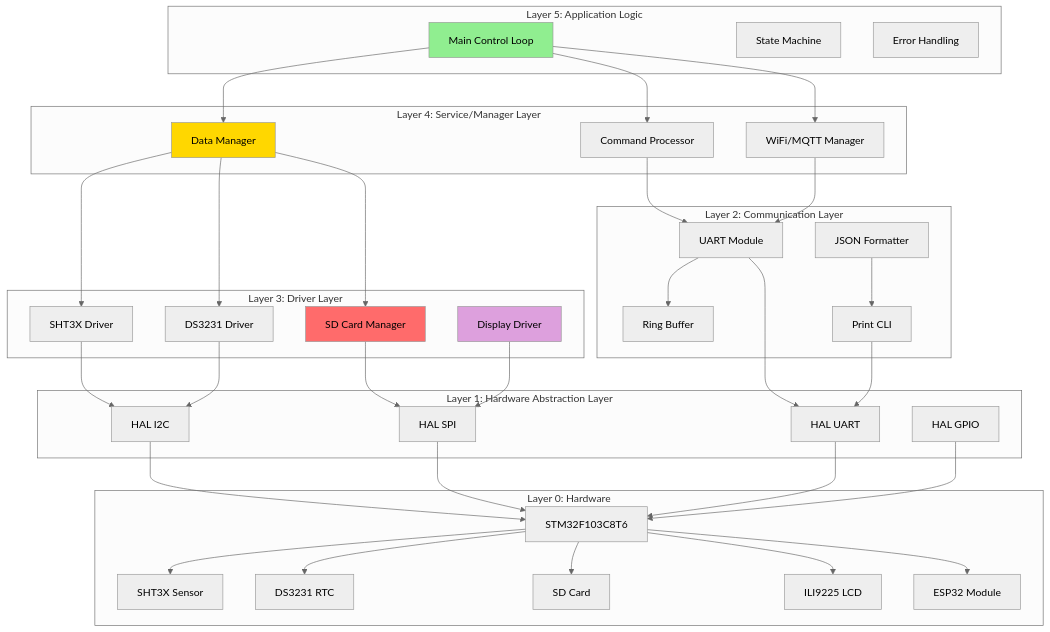
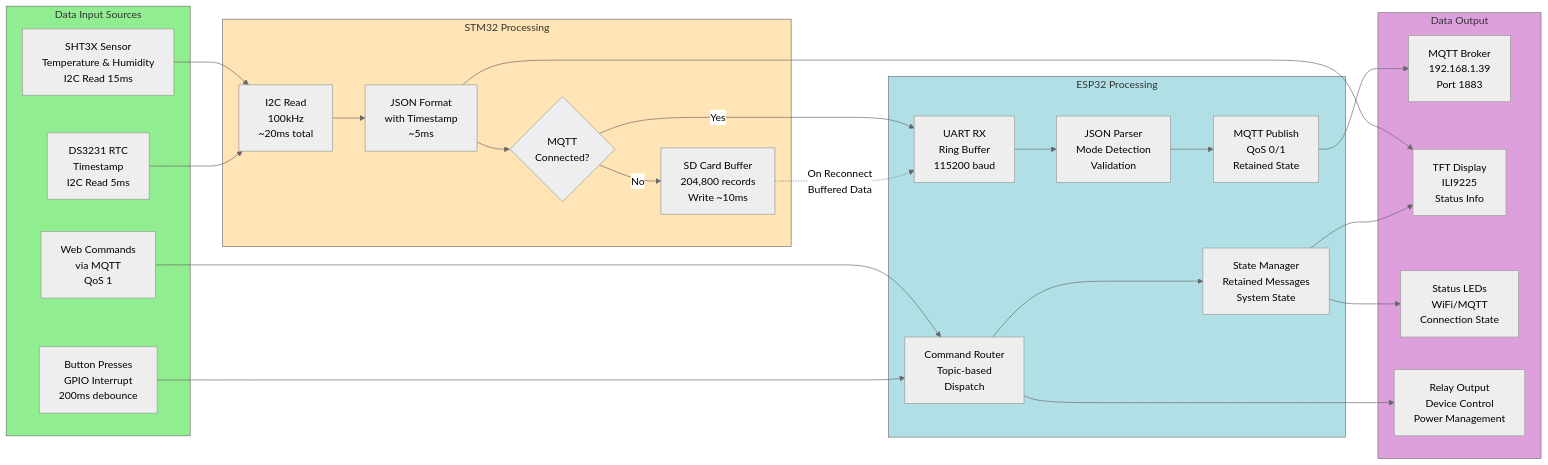
The second of 7 diagrams in documents/firmware/ARCHITECTURE_DIAGRAM_FIRMWARE.md (meeTeam05/datalogger), drawn with Mermaid (neutral theme) before and after one commit. The commit also changed other lines of this file, not shown here.

Commit message:
fix(docs): refactor architecture documentation for stm32 and esp32 coordination system

````diff
--- a/documents/firmware/ARCHITECTURE_DIAGRAM_FIRMWARE.md
+++ b/documents/firmware/ARCHITECTURE_DIAGRAM_FIRMWARE.md
@@ -244,81 +92,58 @@
 ```mermaid
-graph TB
-    subgraph "Layer 5: Application Logic"
-        L5A[Main Control Loop]
-        L5B[State Machine]
-        L5C[Error Handling]
+graph LR
+    subgraph Input[Data Input Sources]
+        Sensor[SHT3X Sensor<br/>Temperature & Humidity<br/>I2C Read 15ms]
+        Time[DS3231 RTC<br/>Timestamp<br/>I2C Read 5ms]
+        WebCmd[Web Commands<br/>via MQTT<br/>QoS 1]
+        ButtonCmd[Button Presses<br/>GPIO Interrupt<br/>200ms debounce]
     end
 
-    subgraph "Layer 4: Service/Manager Layer"
-        L4A[Data Manager]
-        L4B[Command Processor]
-        L4C[WiFi/MQTT Manager]
+    subgraph STM32_Processing[STM32 Processing]
+        I2C[I2C Read<br/>100kHz<br/>~20ms total]
+        Parse[JSON Format<br/>with Timestamp<br/>~5ms]
+        Route{MQTT<br/>Connected?}
+        Buffer[SD Card Buffer<br/>204,800 records<br/>Write ~10ms]
+
+        Sensor --> I2C
+        Time --> I2C
+        I2C --> Parse
+        Parse --> Route
+        Route -->|No| Buffer
     end
 
-    subgraph "Layer 3: Driver Layer"
-        L3A[SHT3X Driver]
-        L3B[DS3231 Driver]
-        L3C[SD Card Manager]
-        L3D[Display Driver]
+    subgraph ESP32_Processing[ESP32 Processing]
+        UARTRx[UART RX<br/>Ring Buffer<br/>115200 baud]
+        JSONParse[JSON Parser<br/>Mode Detection<br/>Validation]
+        MQTTPub[MQTT Publish<br/>QoS 0/1<br/>Retained State]
+        CmdRoute[Command Router<br/>Topic-based<br/>Dispatch]
+        StateSync[State Manager<br/>Retained Messages<br/>System State]
+
+        Route -->|Yes| UARTRx
+        UARTRx --> JSONParse
+        JSONParse --> MQTTPub
+
+        WebCmd --> CmdRoute
+        ButtonCmd --> CmdRoute
+        CmdRoute --> StateSync
     end
 
-    subgraph "Layer 2: Communication Layer"
-        L2A[UART Module]
-        L2B[Ring Buffer]
-        L2C[JSON Formatter]
-        L2D[Print CLI]
+    subgraph Output[Data Output]
+        Cloud[MQTT Broker<br/>192.168.1.39<br/>Port 1883]
+        Display[TFT Display<br/>ILI9225<br/>Status Info]
+        LED[Status LEDs<br/>WiFi/MQTT<br/>Connection State]
+        RelayOut[Relay Output<br/>Device Control<br/>Power Management]
+
+        MQTTPub --> Cloud
+        Parse --> Display
+        StateSync --> Display
+        StateSync --> LED
+        CmdRoute --> RelayOut
     end
 
-    subgraph "Layer 1: Hardware Abstraction Layer"
-        L1A[HAL I2C]
-        L1B[HAL SPI]
-        L1C[HAL UART]
-        L1D[HAL GPIO]
-    end
+    Buffer -.->|On Reconnect<br/>Buffered Data| UARTRx
 
-    subgraph "Layer 0: Hardware"
-        L0A[STM32F103C8T6]
-        L0B[SHT3X Sensor]
-        L0C[DS3231 RTC]
-        L0D[SD Card]
-        L0E[ILI9225 LCD]
-        L0F[ESP32 Module]
-    end
-
-    %% Layer connections
-    L5A --> L4A
-    L5A --> L4B
-    L5A --> L4C
-
-    L4A --> L3A
-    L4A --> L3B
-    L4A --> L3C
-    L4B --> L2A
-    L4C --> L2A
-
-    L3A --> L1A
-    L3B --> L1A
-    L3C --> L1B
-    L3D --> L1B
-
-    L2A --> L2B
-    L2A --> L1C
-    L2C --> L2D
-    L2D --> L1C
-
-    L1A --> L0A
-    L1B --> L0A
-    L1C --> L0A
-    L1D --> L0A
-
-    L0A --> L0B
-    L0A --> L0C
-    L0A --> L0D
-    L0A --> L0E
-    L0A --> L0F
-
-    style L5A fill:#90EE90
-    style L4A fill:#FFD700
-    style L3C fill:#FF6B6B
-    style L3D fill:#DDA0DD
+    style Input fill:#90EE90
+    style STM32_Processing fill:#FFE4B5
+    style ESP32_Processing fill:#B0E0E6
+    style Output fill:#DDA0DD
 ```
````
